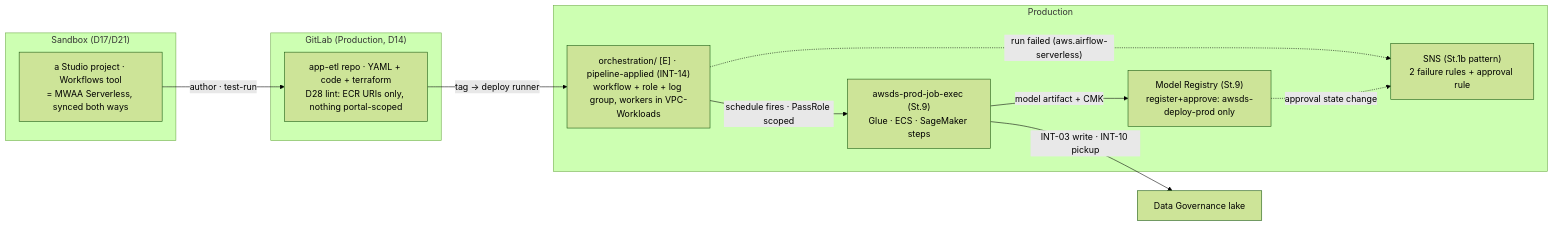
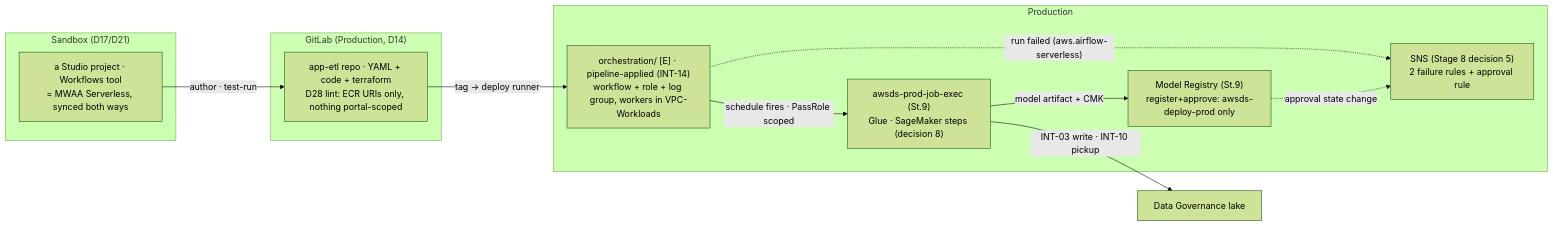
Before and after one commit to felipenoris/AWS-DataScience: the diagram in docs/plan/stages/stage-10-orchestration-promotion.md, drawn with Mermaid (forest theme). The commit also changed other lines of this file and 11 other files, not shown here.

````diff
--- a/docs/plan/stages/stage-10-orchestration-promotion.md
+++ b/docs/plan/stages/stage-10-orchestration-promotion.md
@@ -42,22 +46,22 @@
 ```mermaid
 flowchart LR
     subgraph SBX["Sandbox (D17/D21)"]
         STU["a Studio project · Workflows tool<br/>= MWAA Serverless, synced both ways"]
     end
     subgraph GL["GitLab (Production, D14)"]
         REPO["app-etl repo · YAML + code + terraform<br/>D28 lint: ECR URIs only, nothing portal-scoped"]
     end
     subgraph PRD["Production"]
         ORC["orchestration/ [E] · pipeline-applied (INT-14)<br/>workflow + role + log group, workers in VPC-Workloads"]
-        JOB["awsds-prod-job-exec (St.9)<br/>Glue · ECS · SageMaker steps"]
+        JOB["awsds-prod-job-exec (St.9)<br/>Glue · SageMaker steps (decision 8)"]
         REG["Model Registry (St.9)<br/>register+approve: awsds-deploy-prod only"]
-        SNS["SNS (St.1b pattern)<br/>2 failure rules + approval rule"]
+        SNS["SNS (Stage 8 decision 5)<br/>2 failure rules + approval rule"]
     end
     STU -->|"author · test-run"| REPO
     REPO -->|"tag → deploy runner"| ORC
     ORC -->|"schedule fires · PassRole scoped"| JOB
     JOB -->|"INT-03 write · INT-10 pickup"| LAKE["Data Governance lake"]
     JOB -->|"model artifact + CMK"| REG
     ORC -.->|"run failed (aws.airflow-serverless)"| SNS
     REG -.->|"approval state change"| SNS
 ```
````
